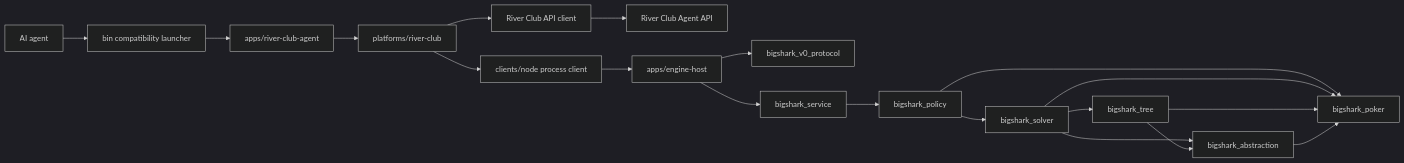
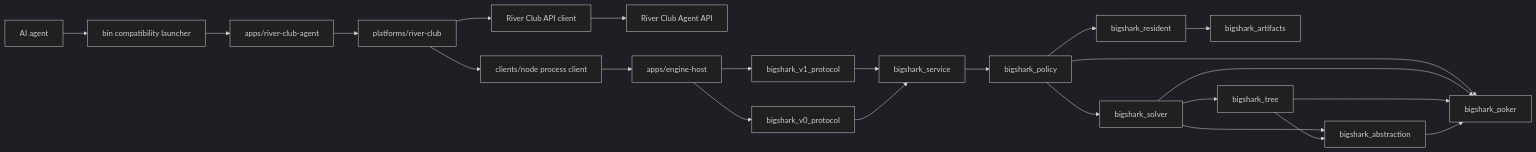
The diagram in docs/architecture/system-overview.md (Zzzode/BigShark), drawn with Mermaid (dark theme) before and after one commit. The commit also changed other lines of this file and 7 other files, not shown here.

````diff
--- a/docs/architecture/system-overview.md
+++ b/docs/architecture/system-overview.md
@@ -28,21 +29,25 @@
 ```mermaid
 flowchart LR
   Agent[AI agent] --> Launcher[bin compatibility launcher]
   Launcher --> Runner[apps/river-club-agent]
   Runner --> River[platforms/river-club]
   River --> CLI[River Club API client]
   CLI --> API[River Club Agent API]
   River --> Client[clients/node process client]
   Client --> Host[apps/engine-host]
-  Host --> Protocol[bigshark_v0_protocol]
-  Host --> Service[bigshark_service]
+  Host --> V1[bigshark_v1_protocol]
+  Host --> V0[bigshark_v0_protocol]
+  V1 --> Service[bigshark_service]
+  V0 --> Service
   Service --> Policy[bigshark_policy]
+  Policy --> Resident[bigshark_resident]
+  Resident --> Artifacts[bigshark_artifacts]
   Policy --> Solver[bigshark_solver]
   Policy --> Poker[bigshark_poker]
   Solver --> Tree[bigshark_tree]
   Solver --> Abstraction[bigshark_abstraction]
   Solver --> Poker
   Tree --> Abstraction
   Tree --> Poker
   Abstraction --> Poker
 ```
````
